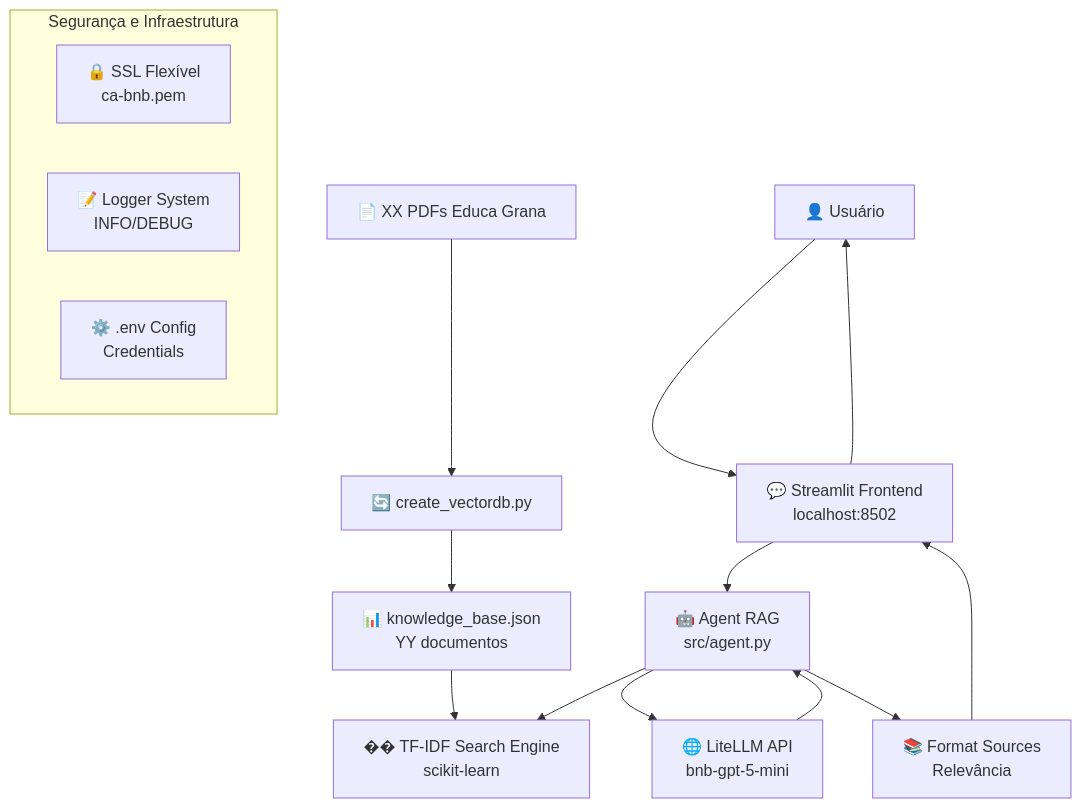
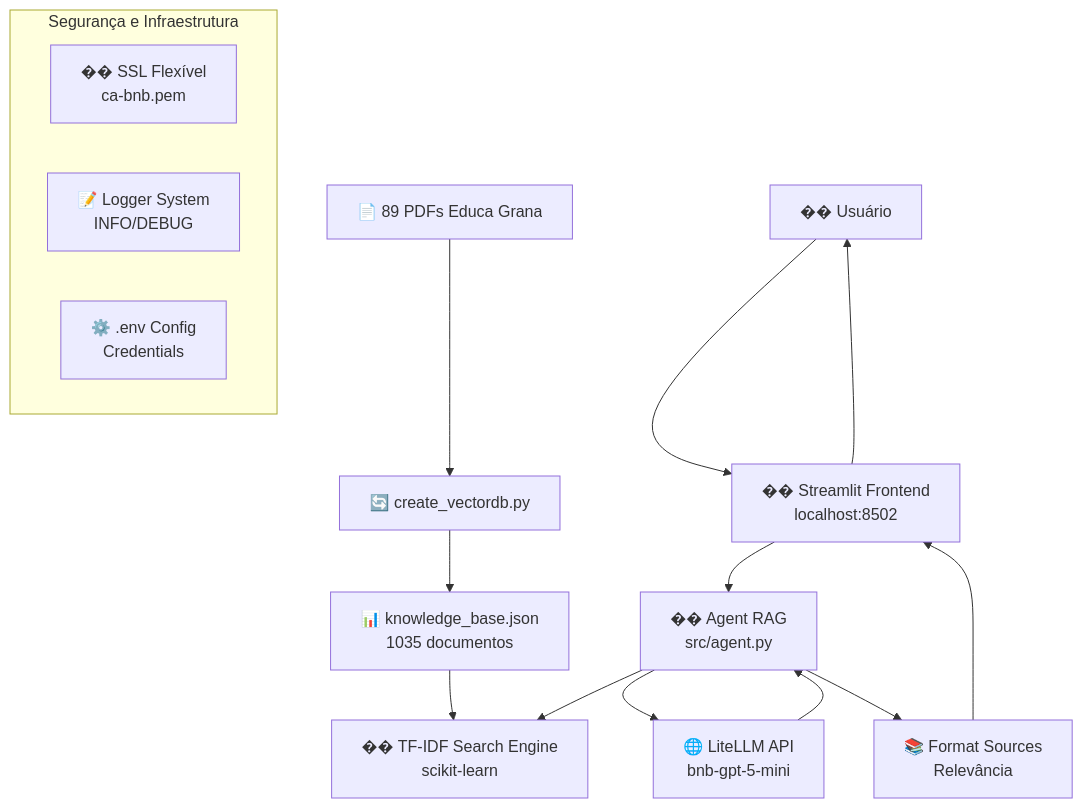
The diagram in README.md (esantanap/Educa-Grana), drawn with Mermaid before and after one commit. The commit also changed other lines of this file and 2 other files, not shown here.

````diff
--- a/README.md
+++ b/README.md
@@ -59,21 +48,21 @@
 ```mermaid
 graph TB
-    A[📄 XX PDFs Educa Grana] --> B[🔄 create_vectordb.py]
-    B --> C[📊 knowledge_base.json<br/>YY documentos]
+    A[📄 89 PDFs Educa Grana] --> B[🔄 create_vectordb.py]
+    B --> C[📊 knowledge_base.json<br/>1035 documentos]
     C --> D[�� TF-IDF Search Engine<br/>scikit-learn]
     
-    E[👤 Usuário] --> F[💬 Streamlit Frontend<br/>localhost:8502]
-    F --> G[🤖 Agent RAG<br/>src/agent.py]
+    E[�� Usuário] --> F[�� Streamlit Frontend<br/>localhost:8502]
+    F --> G[�� Agent RAG<br/>src/agent.py]
     G --> D
     G --> H[🌐 LiteLLM API<br/>bnb-gpt-5-mini]
     H --> G
     G --> I[📚 Format Sources<br/>Relevância]
     I --> F
     F --> E
     
     subgraph "Segurança e Infraestrutura"
-        J[🔒 SSL Flexível<br/>ca-bnb.pem]
+        J[�� SSL Flexível<br/>ca-bnb.pem]
         K[📝 Logger System<br/>INFO/DEBUG]
         L[⚙️ .env Config<br/>Credentials]
     end
 ```
````
